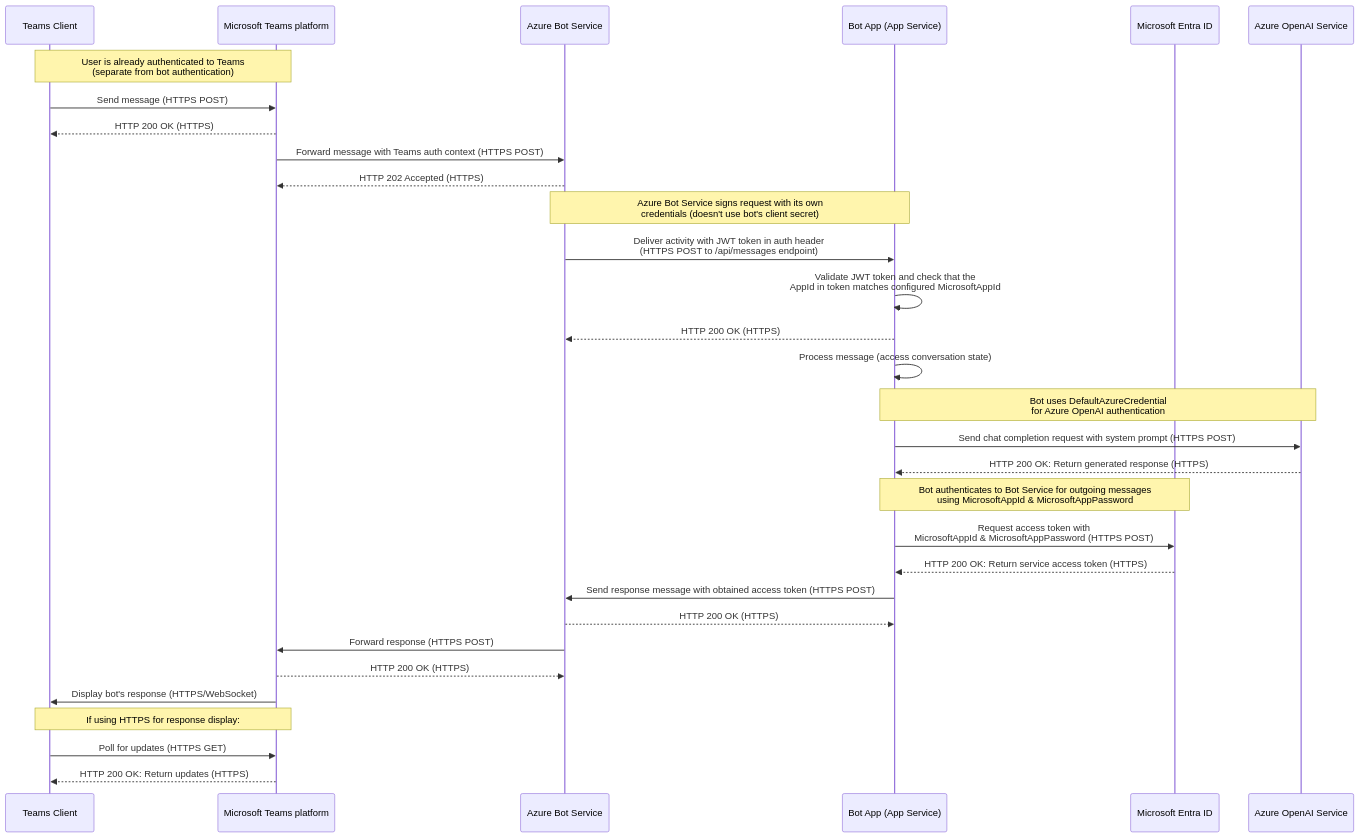
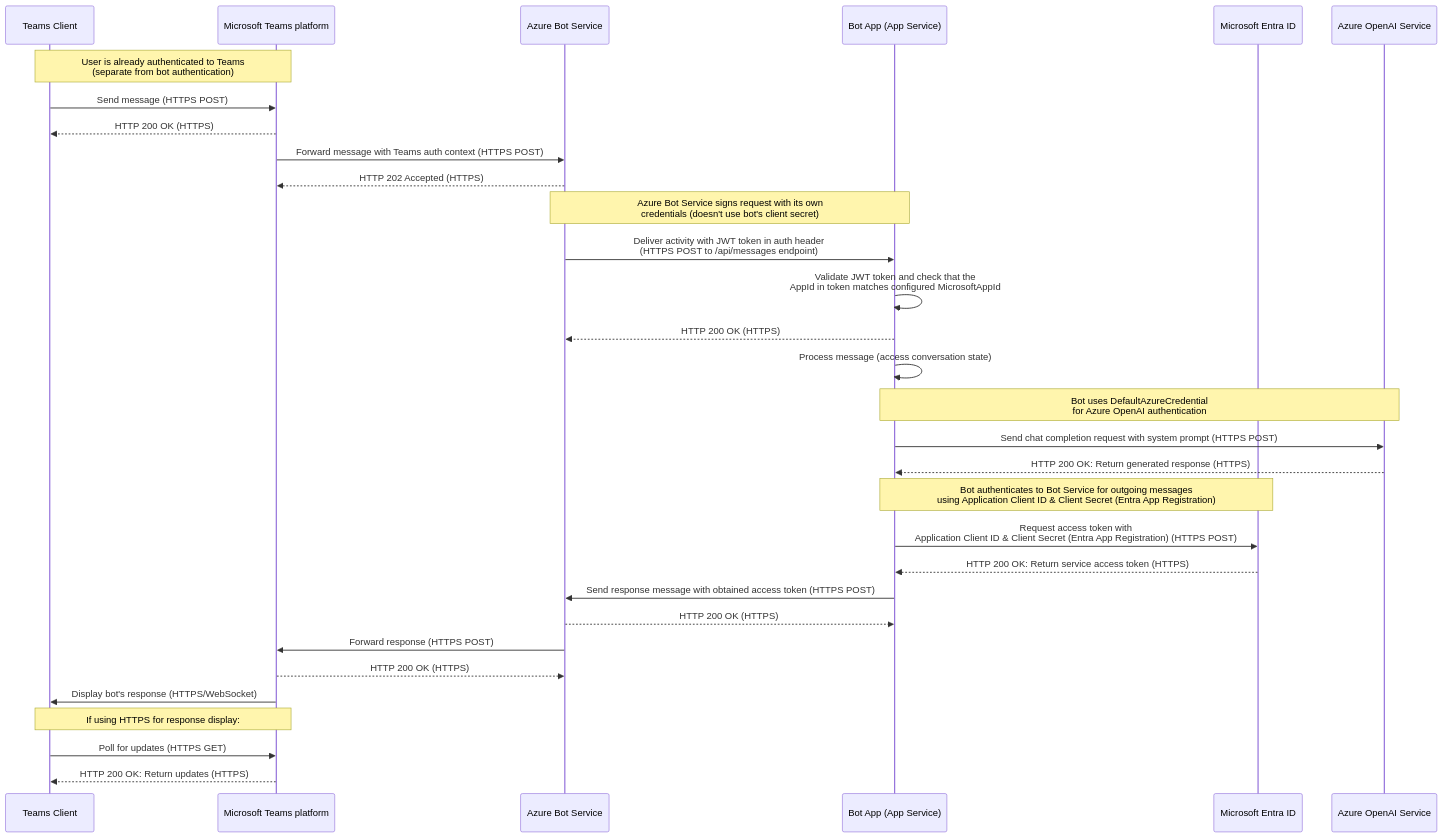
One commit to rukasakurai/SystemPromptSwitchingGPTBot changed the diagram in docs/sequence-diagram.md. Above: the diagram before and after it, drawn with Mermaid. The commit also changed other lines of this file, not shown here.

Commit message:
10 sequence diagram is inaccurate (#14)

````diff
--- a/docs/sequence-diagram.md
+++ b/docs/sequence-diagram.md
@@ -5,52 +5,52 @@
 ```mermaid
 sequenceDiagram
     participant User as Teams Client
     participant TeamsService as Microsoft Teams platform
     participant BotService as Azure Bot Service
     participant Bot as Bot App (App Service)
     participant Entra as Microsoft Entra ID
     participant OpenAI as Azure OpenAI Service
 
     %% User is already authenticated to Teams (happens before bot interaction)
     Note over User,TeamsService: User is already authenticated to Teams<br/>(separate from bot authentication)
 
     %% Initial message flow
     User->>TeamsService: Send message (HTTPS POST)
     TeamsService-->>User: HTTP 200 OK (HTTPS)
     TeamsService->>BotService: Forward message with Teams auth context (HTTPS POST)
     BotService-->>TeamsService: HTTP 202 Accepted (HTTPS)
 
     %% BotService to Bot authentication (incoming to bot)
     Note over BotService,Bot: Azure Bot Service signs request with its own<br/>credentials (doesn't use bot's client secret)
     BotService->>Bot: Deliver activity with JWT token in auth header<br/>(HTTPS POST to /api/messages endpoint)
 
     %% Bot validates incoming requests using AppId
     Bot->>Bot: Validate JWT token and check that the<br/>AppId in token matches configured MicrosoftAppId
 
     Bot-->>BotService: HTTP 200 OK (HTTPS)
 
     %% Main message processing flow
     Bot->>Bot: Process message (access conversation state)
 
     %% Azure OpenAI interaction
     Note over Bot,OpenAI: Bot uses DefaultAzureCredential<br/>for Azure OpenAI authentication
     Bot->>OpenAI: Send chat completion request with system prompt (HTTPS POST)
     OpenAI-->>Bot: HTTP 200 OK: Return generated response (HTTPS)
 
     %% Bot to BotService authentication (outgoing from bot)
-    Note over Bot,Entra: Bot authenticates to Bot Service for outgoing messages<br/>using MicrosoftAppId & MicrosoftAppPassword
-    Bot->>Entra: Request access token with<br/>MicrosoftAppId & MicrosoftAppPassword (HTTPS POST)
+    Note over Bot,Entra: Bot authenticates to Bot Service for outgoing messages<br/>using Application Client ID & Client Secret (Entra App Registration)
+    Bot->>Entra: Request access token with<br/>Application Client ID & Client Secret (Entra App Registration) (HTTPS POST)
     Entra-->>Bot: HTTP 200 OK: Return service access token (HTTPS)
 
     %% Bot sends response back to Teams through Bot Service
     Bot->>BotService: Send response message with obtained access token (HTTPS POST)
     BotService-->>Bot: HTTP 200 OK (HTTPS)
     BotService->>TeamsService: Forward response (HTTPS POST)
     TeamsService-->>BotService: HTTP 200 OK (HTTPS)
     TeamsService->>User: Display bot's response (HTTPS/WebSocket)
 
     %% If using HTTPS for response display
     Note over TeamsService,User: If using HTTPS for response display:
     User->>TeamsService: Poll for updates (HTTPS GET)
     TeamsService-->>User: HTTP 200 OK: Return updates (HTTPS)
 ```
````
